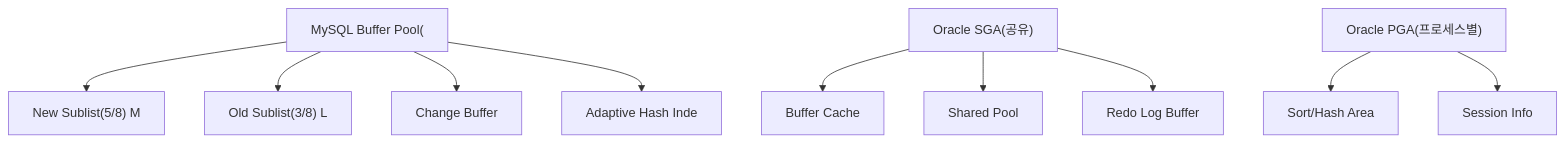
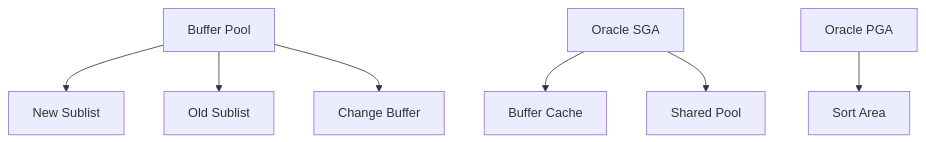
Before and after one commit to yjkim2015/yjkim2015.github.io: the sixth of 15 diagrams in _posts/db/2026-05-01-db-comparison.md, drawn with Mermaid. The commit also changed other lines of this file and 155 other files, not shown here.

First line of the commit message:
Mermaid 전면 수정: subgraph 제거, participant/노드/줄수 축소 (342블록)

````diff
--- a/_posts/db/2026-05-01-db-comparison.md
+++ b/_posts/db/2026-05-01-db-comparison.md
@@ -126,12 +122,9 @@
 ```mermaid
 graph TD
-    BP["MySQL Buffer Pool("] --> NEW["New Sublist(5/8) M"]
-    BP --> OLD["Old Sublist(3/8) L"]
+    BP["Buffer Pool"] --> NEW["New Sublist"]
+    BP --> OLD["Old Sublist"]
     BP --> CB["Change Buffer"]
-    BP --> AHI["Adaptive Hash Inde"]
-    SGA["Oracle SGA(공유)"] --> DBC["Buffer Cache"]
+    SGA["Oracle SGA"] --> DBC["Buffer Cache"]
     SGA --> SP["Shared Pool"]
-    SGA --> RLB["Redo Log Buffer"]
-    PGA["Oracle PGA(프로세스별)"] --> SA["Sort/Hash Area"]
-    PGA --> SI["Session Info"]
+    PGA["Oracle PGA"] --> SA["Sort Area"]
 ```
````
